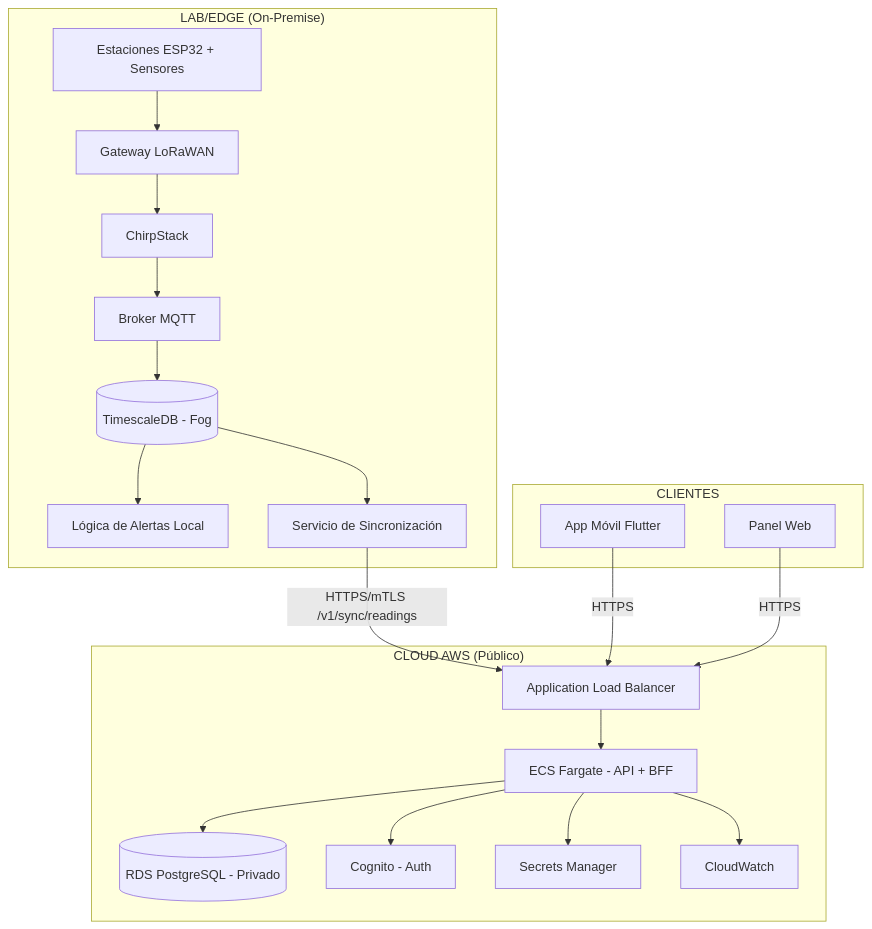
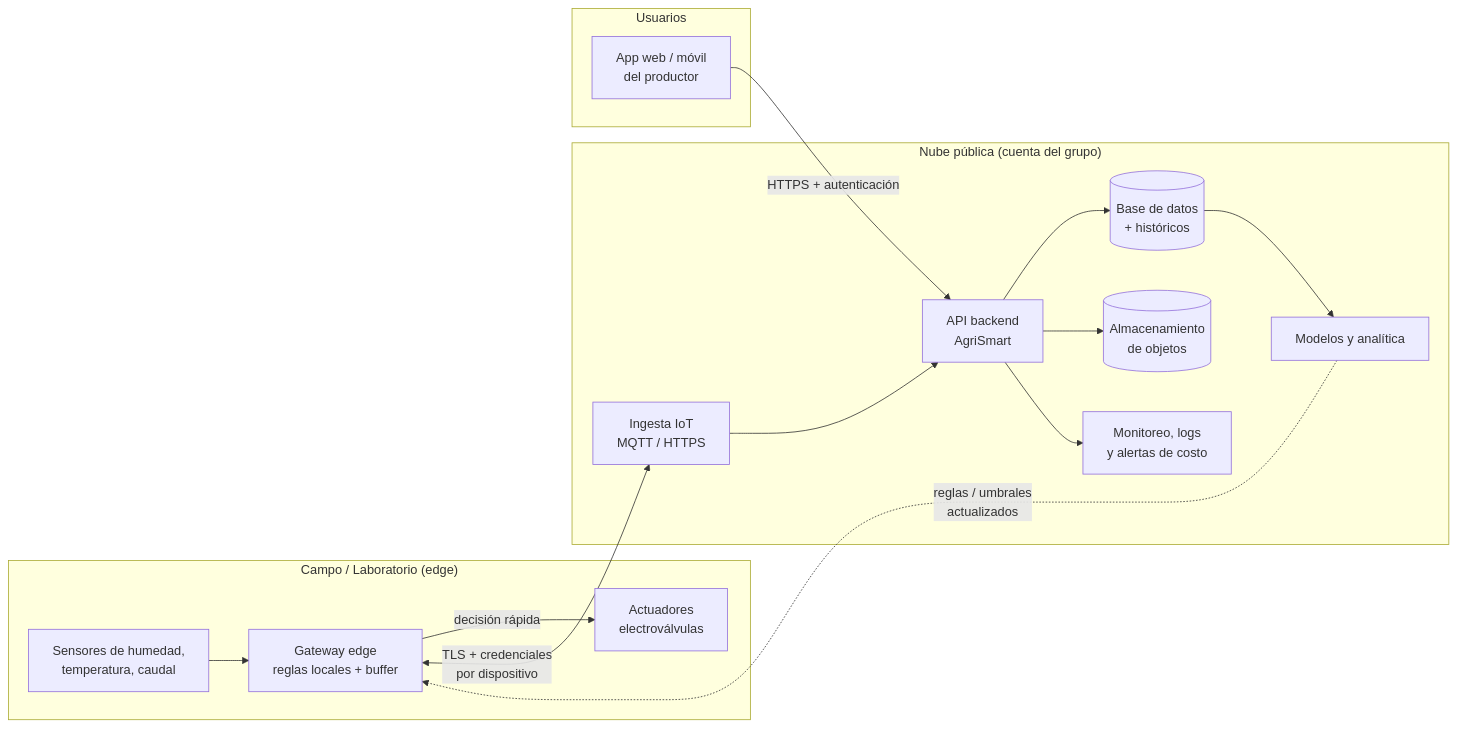
Before and after one commit to Patricio1668/smart_latacunga_cloude: the diagram in docs/nube-H3.md, drawn with Mermaid. The commit also changed other lines of this file, not shown here.

Commit message:
Revise architecture diagram for hybrid Lab and Cloud

````diff
--- a/docs/nube-H3.md
+++ b/docs/nube-H3.md
@@ -54,41 +53,32 @@
 ```mermaid
-graph TB
-    subgraph "LAB/EDGE (On-Premise)"
-        ESP32[Estaciones ESP32 + Sensores]
-        LORAWAN[Gateway LoRaWAN]
-        CHIRP[ChirpStack]
-        MQTT[Broker MQTT]
-        TS[(TimescaleDB - Fog)]
-        ALERTAS[Lógica de Alertas Local]
-        SYNC[Servicio de Sincronización]
+flowchart LR
+    subgraph CAMPO["Campo / Laboratorio (edge)"]
+        S1[Sensores de humedad,<br/>temperatura, caudal]
+        GW[Gateway edge<br/>reglas locales + buffer]
+        ACT[Actuadores<br/>electroválvulas]
+        S1 --> GW
+        GW -->|decisión rápida| ACT
     end
-    
-    subgraph "CLOUD AWS (Público)"
-        ALB[Application Load Balancer]
-        ECS[ECS Fargate - API + BFF]
-        RDS[(RDS PostgreSQL - Privado)]
-        COGNITO[Cognito - Auth]
-        SECRETS[Secrets Manager]
-        CW[CloudWatch]
+
+    subgraph CLOUD["Nube pública (cuenta del grupo)"]
+        ING[Ingesta IoT<br/>MQTT / HTTPS]
+        API[API backend<br/>AgriSmart]
+        DB[(Base de datos<br/>+ históricos)]
+        OBJ[(Almacenamiento<br/>de objetos)]
+        ML[Modelos y analítica]
+        MON[Monitoreo, logs<br/>y alertas de costo]
+        ING --> API
+        API --> DB
+        API --> OBJ
+        DB --> ML
+        API --> MON
     end
-    
-    subgraph "CLIENTES"
-        APP[App Móvil Flutter]
-        WEB[Panel Web]
+
+    subgraph USR["Usuarios"]
+        APP[App web / móvil<br/>del productor]
     end
-    
-    ESP32 --> LORAWAN
-    LORAWAN --> CHIRP
-    CHIRP --> MQTT
-    MQTT --> TS
-    TS --> ALERTAS
-    TS --> SYNC
-    SYNC -->|HTTPS/mTLS /v1/sync/readings| ALB
-    ALB --> ECS
-    ECS --> RDS
-    ECS --> COGNITO
-    ECS --> SECRETS
-    ECS --> CW
-    APP -->|HTTPS| ALB
-    WEB -->|HTTPS| ALB
+
+    GW <-->|TLS + credenciales<br/>por dispositivo| ING
+    APP -->|HTTPS + autenticación| API
+    ML -.->|reglas / umbrales<br/>actualizados| GW
 ```
````
